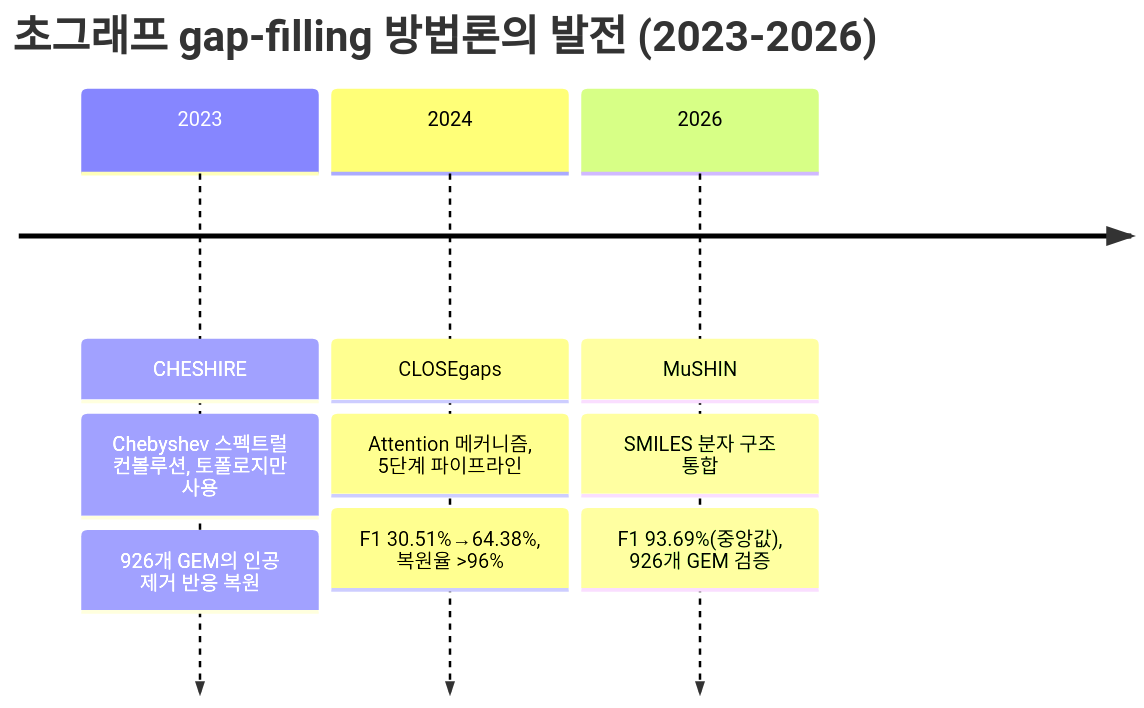
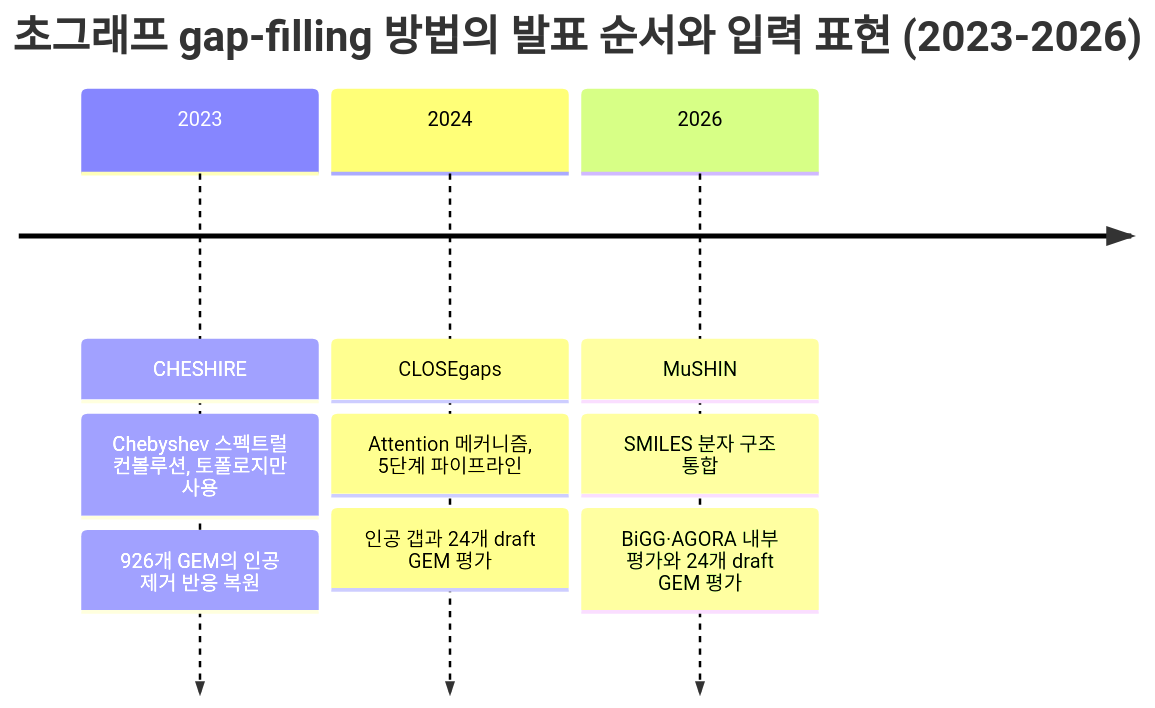
Before and after one commit to jyryu3161/ebook_metabolic_modeling: the diagram in chapter-9/05.md, drawn with Mermaid. The commit also changed other lines of this file and 92 other files, not shown here.

````diff
--- a/chapter-9/05.md
+++ b/chapter-9/05.md
@@ -34,13 +34,13 @@
 ```mermaid
 timeline
-    title 초그래프 gap-filling 방법론의 발전 (2023-2026)
+    title 초그래프 gap-filling 방법의 발표 순서와 입력 표현 (2023-2026)
     2023 : CHESHIRE
          : Chebyshev 스펙트럴 컨볼루션, 토폴로지만 사용
          : 926개 GEM의 인공 제거 반응 복원
     2024 : CLOSEgaps
          : Attention 메커니즘, 5단계 파이프라인
-         : F1 30.51%→64.38%, 복원율 >96%
+         : 인공 갭과 24개 draft GEM 평가
     2026 : MuSHIN
          : SMILES 분자 구조 통합
-         : F1 93.69%(중앙값), 926개 GEM 검증
+         : BiGG·AGORA 내부 평가와 24개 draft GEM 평가
 ```
````
